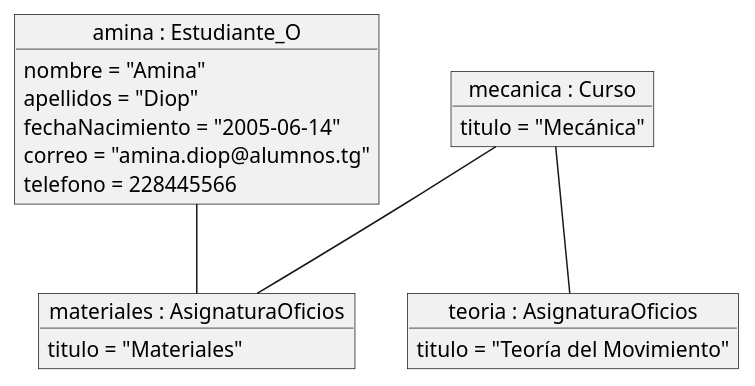
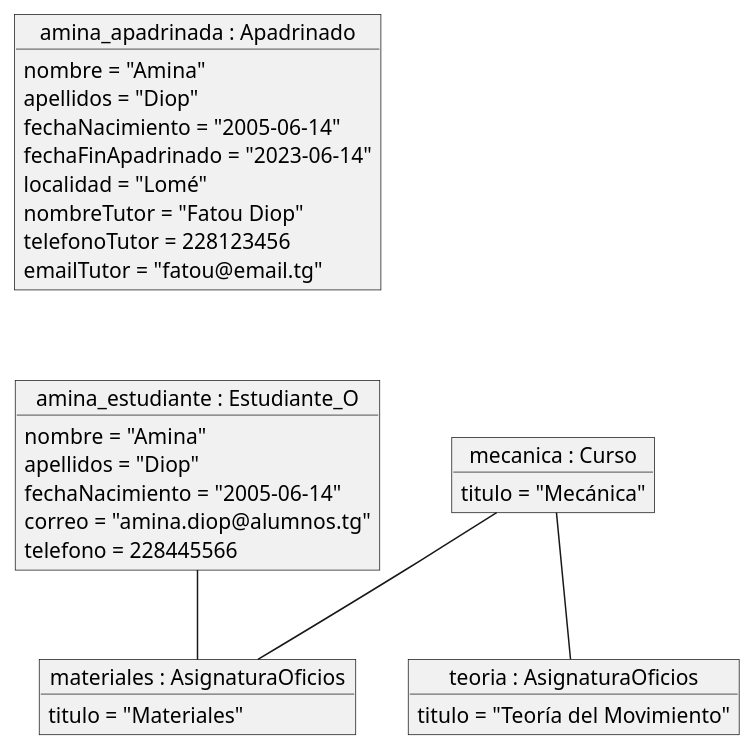
One commit to albporfer1-64/Grupo_Proyecto_DB changed the diagram in escenarios/escenario4.puml. Above: the diagram before and after it, drawn with PlantUML.

Commit message:
Pequeño cambio para entender mejor el procedimiento escenario4.puml

```diff
--- a/escenarios/escenario4.puml
+++ b/escenarios/escenario4.puml
@@ -1,22 +1,37 @@
 @startuml
-object "amina : Estudiante_O" as amina {
+object "amina_apadrinada : Apadrinado" as aminaApad {
+  nombre = "Amina"
+  apellidos = "Diop"
+  fechaNacimiento = "2005-06-14"
+  fechaFinApadrinado = "2023-06-14"
+  localidad = "Lomé"
+  nombreTutor = "Fatou Diop"
+  telefonoTutor = 228123456
+  emailTutor = "fatou@email.tg"
+}
+
+object "amina_estudiante : Estudiante_O" as aminaEst {
   nombre = "Amina"
   apellidos = "Diop"
   fechaNacimiento = "2005-06-14"
   correo = "amina.diop@alumnos.tg"
   telefono = 228445566
 }
+
 object "mecanica : Curso" as mecanica {
   titulo = "Mecánica"
 }
+
 object "materiales : AsignaturaOficios" as materiales {
   titulo = "Materiales"
 }
+
 object "teoria : AsignaturaOficios" as teoria {
   titulo = "Teoría del Movimiento"
 }
 
+aminaApad -[hidden]down- aminaEst
 mecanica -- materiales
 mecanica -- teoria
-amina -- materiales
+aminaEst -- materiales
 @enduml
```
